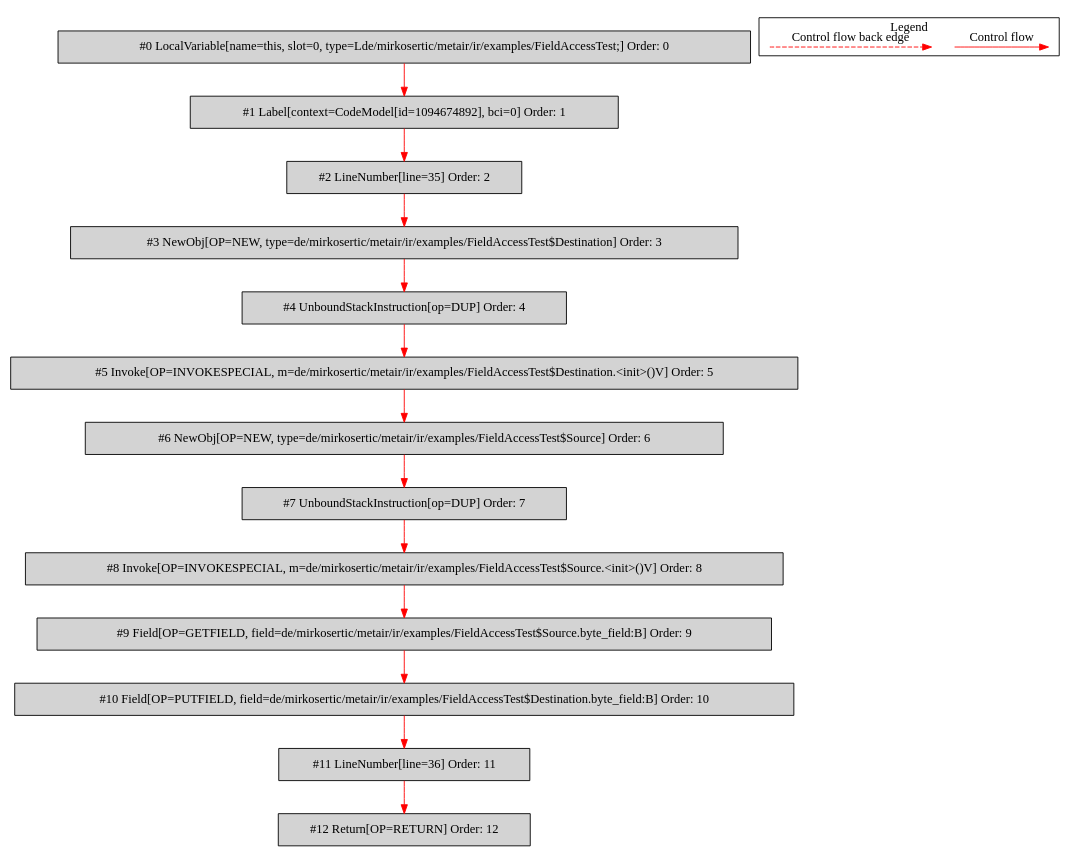
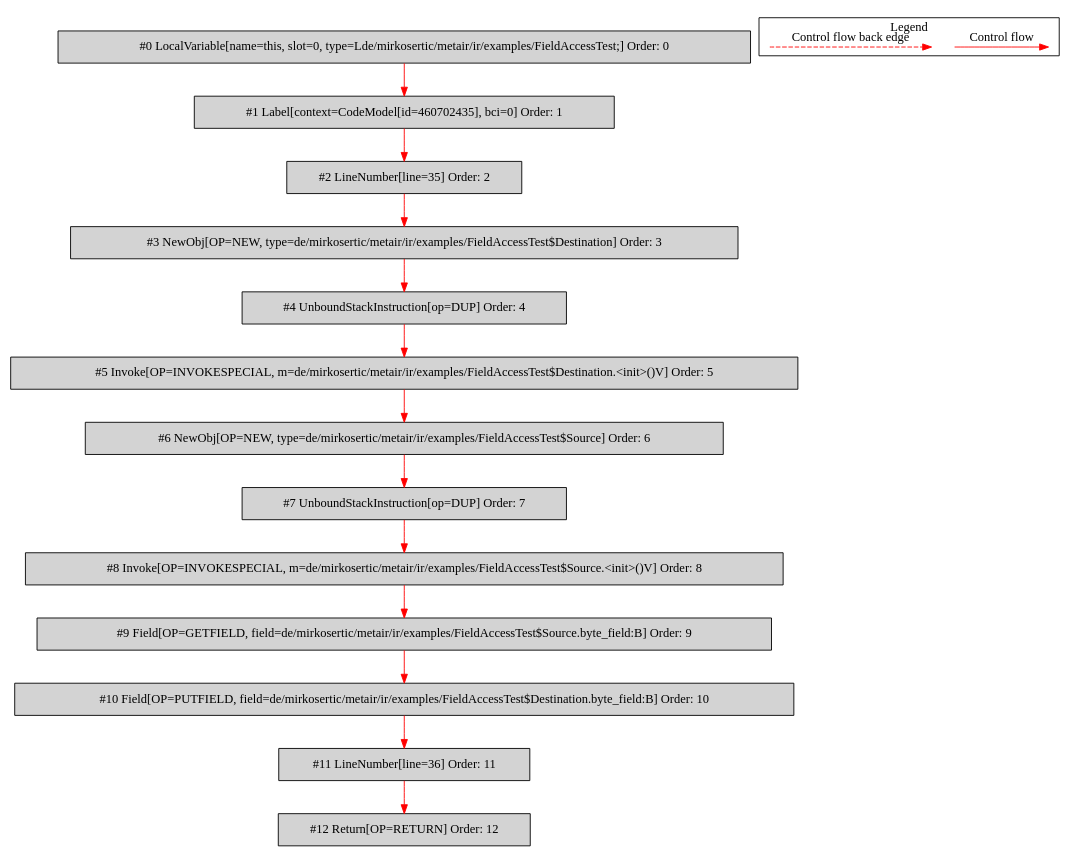
Before and after one commit to mirkosertic/MetaIR: the diagram in de.mirkosertic.metair.ir.examples.FieldAccessTest/copy_byte/bytecodecfg.dot, drawn with Graphviz. The commit also changed 868 other files, not shown here.

```diff
--- a/de.mirkosertic.metair.ir.examples.FieldAccessTest/copy_byte/bytecodecfg.dot
+++ b/de.mirkosertic.metair.ir.examples.FieldAccessTest/copy_byte/bytecodecfg.dot
@@ -1,42 +1,42 @@
 digraph {
  ordering="in";
  node0[label="#0 LocalVariable[name=this, slot=0, type=Lde/mirkosertic/metair/ir/examples/FieldAccessTest;] Order: 0", shape=box, fillcolor=lightgrey, style=filled];
- node1[label="#1 Label[context=CodeModel[id=1094674892], bci=0] Order: 1", shape=box, fillcolor=lightgrey, style=filled];
+ node1[label="#1 Label[context=CodeModel[id=460702435], bci=0] Order: 1", shape=box, fillcolor=lightgrey, style=filled];
  node2[label="#2 LineNumber[line=35] Order: 2", shape=box, fillcolor=lightgrey, style=filled];
  node3[label="#3 NewObj[OP=NEW, type=de/mirkosertic/metair/ir/examples/FieldAccessTest$Destination] Order: 3", shape=box, fillcolor=lightgrey, style=filled];
  node4[label="#4 UnboundStackInstruction[op=DUP] Order: 4", shape=box, fillcolor=lightgrey, style=filled];
  node5[label="#5 Invoke[OP=INVOKESPECIAL, m=de/mirkosertic/metair/ir/examples/FieldAccessTest$Destination.<init>()V] Order: 5", shape=box, fillcolor=lightgrey, style=filled];
  node6[label="#6 NewObj[OP=NEW, type=de/mirkosertic/metair/ir/examples/FieldAccessTest$Source] Order: 6", shape=box, fillcolor=lightgrey, style=filled];
  node7[label="#7 UnboundStackInstruction[op=DUP] Order: 7", shape=box, fillcolor=lightgrey, style=filled];
  node8[label="#8 Invoke[OP=INVOKESPECIAL, m=de/mirkosertic/metair/ir/examples/FieldAccessTest$Source.<init>()V] Order: 8", shape=box, fillcolor=lightgrey, style=filled];
  node9[label="#9 Field[OP=GETFIELD, field=de/mirkosertic/metair/ir/examples/FieldAccessTest$Source.byte_field:B] Order: 9", shape=box, fillcolor=lightgrey, style=filled];
  node10[label="#10 Field[OP=PUTFIELD, field=de/mirkosertic/metair/ir/examples/FieldAccessTest$Destination.byte_field:B] Order: 10", shape=box, fillcolor=lightgrey, style=filled];
  node11[label="#11 LineNumber[line=36] Order: 11", shape=box, fillcolor=lightgrey, style=filled];
  node12[label="#12 Return[OP=RETURN] Order: 12", shape=box, fillcolor=lightgrey, style=filled];
  node0 -> node1[color=red];
  node1 -> node2[color=red];
  node2 -> node3[color=red];
  node3 -> node4[color=red];
  node4 -> node5[color=red];
  node5 -> node6[color=red];
  node6 -> node7[color=red];
  node7 -> node8[color=red];
  node8 -> node9[color=red];
  node9 -> node10[color=red];
  node10 -> node11[color=red];
  node11 -> node12[color=red];
  subgraph cluster_000 {
   label = "Legend";
   node [shape=point]
   {
    rank=same;
    c0 [style = invis];
    c1 [style = invis];
    c2 [style = invis];
    c3 [style = invis];
   }
   c0 -> c1 [label="Control flow", style=solid, color=red]
   c2 -> c3 [label="Control flow back edge", style=dashed, color=red]
  }
 
 }
```
